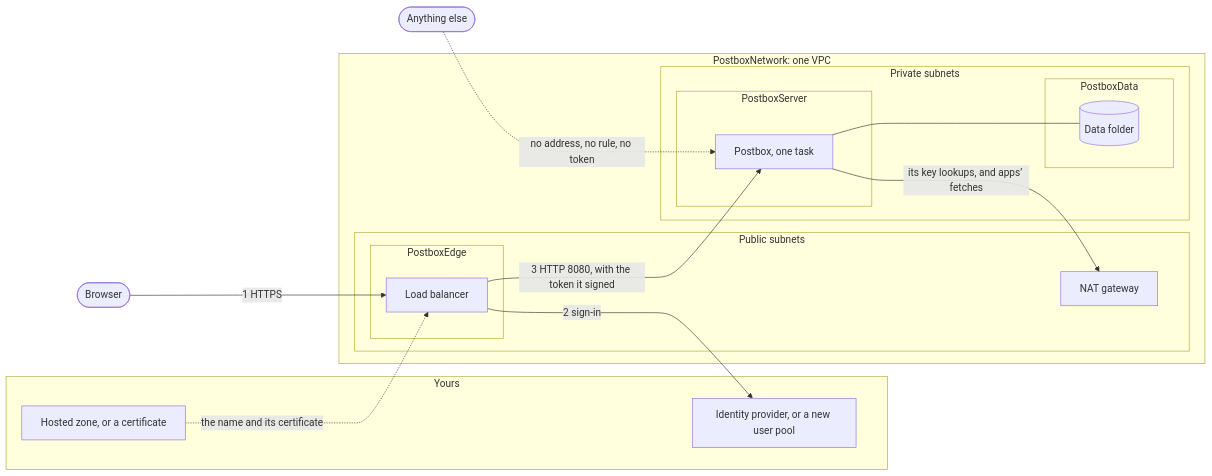
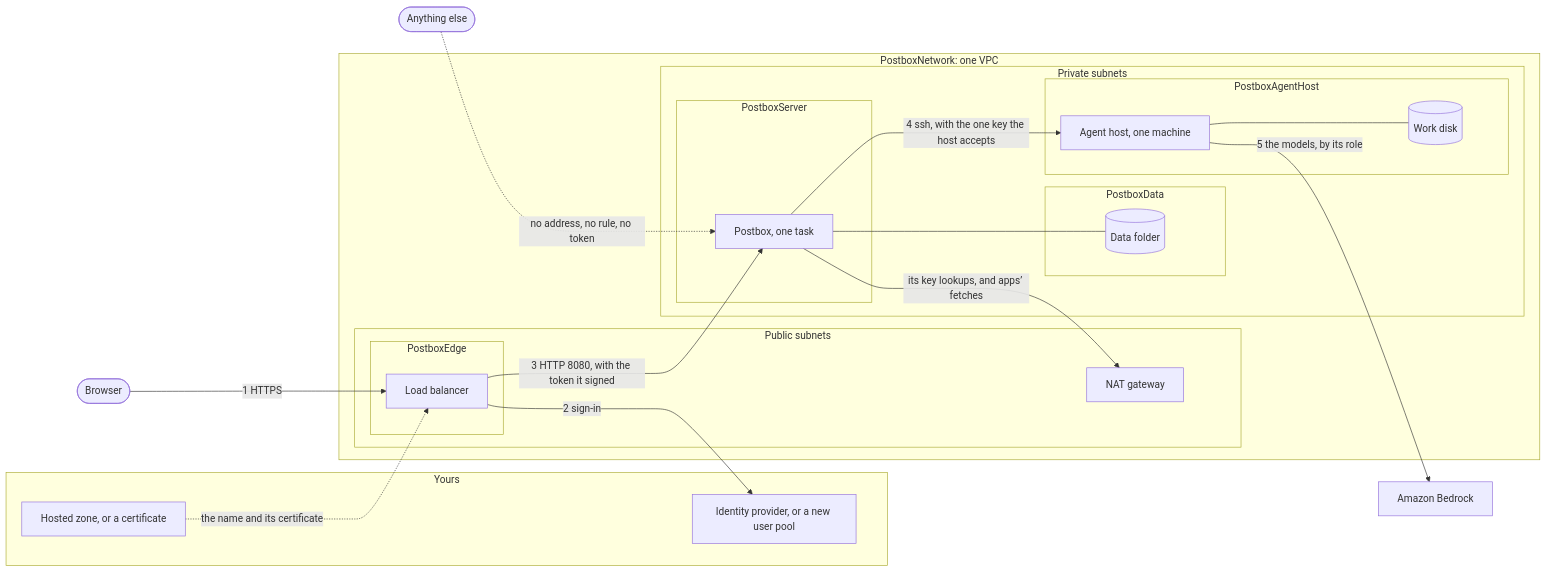
The diagram in infra/README.md (HJeon139/postbox), drawn with Mermaid before and after one commit. The commit also changed other lines of this file and 10 other files, not shown here.

First line of the commit message:
feat(deploy): an agent host, a machine the hosted server reaches over ssh

````diff
--- a/infra/README.md
+++ b/infra/README.md
@@ -11,31 +11,39 @@
 ```mermaid
 flowchart LR
   B([Browser])
   subgraph yours [Yours]
     Z[Hosted zone, or a certificate]
     I[Identity provider, or a new user pool]
   end
   subgraph net [PostboxNetwork: one VPC]
     subgraph public [Public subnets]
       subgraph edge [PostboxEdge]
         LB[Load balancer]
       end
       N[NAT gateway]
     end
     subgraph private [Private subnets]
       subgraph server [PostboxServer]
         S[Postbox, one task]
       end
       subgraph data [PostboxData]
         D[(Data folder)]
       end
+      subgraph host [PostboxAgentHost]
+        H[Agent host, one machine]
+        W[(Work disk)]
+      end
     end
   end
+  M[Amazon Bedrock]
   Z -. "the name and its certificate" .-> LB
   B -->|"1 HTTPS"| LB
   LB -->|"2 sign-in"| I
   LB -->|"3 HTTP 8080, with the token it signed"| S
   S --- D
+  S -->|"4 ssh, with the one key the host accepts"| H
+  H --- W
+  H -->|"5 the models, by its role"| M
   S -->|"its key lookups, and apps’ fetches"| N
   X([Anything else]) -. "no address, no rule, no token" .-> S
 ```
````
